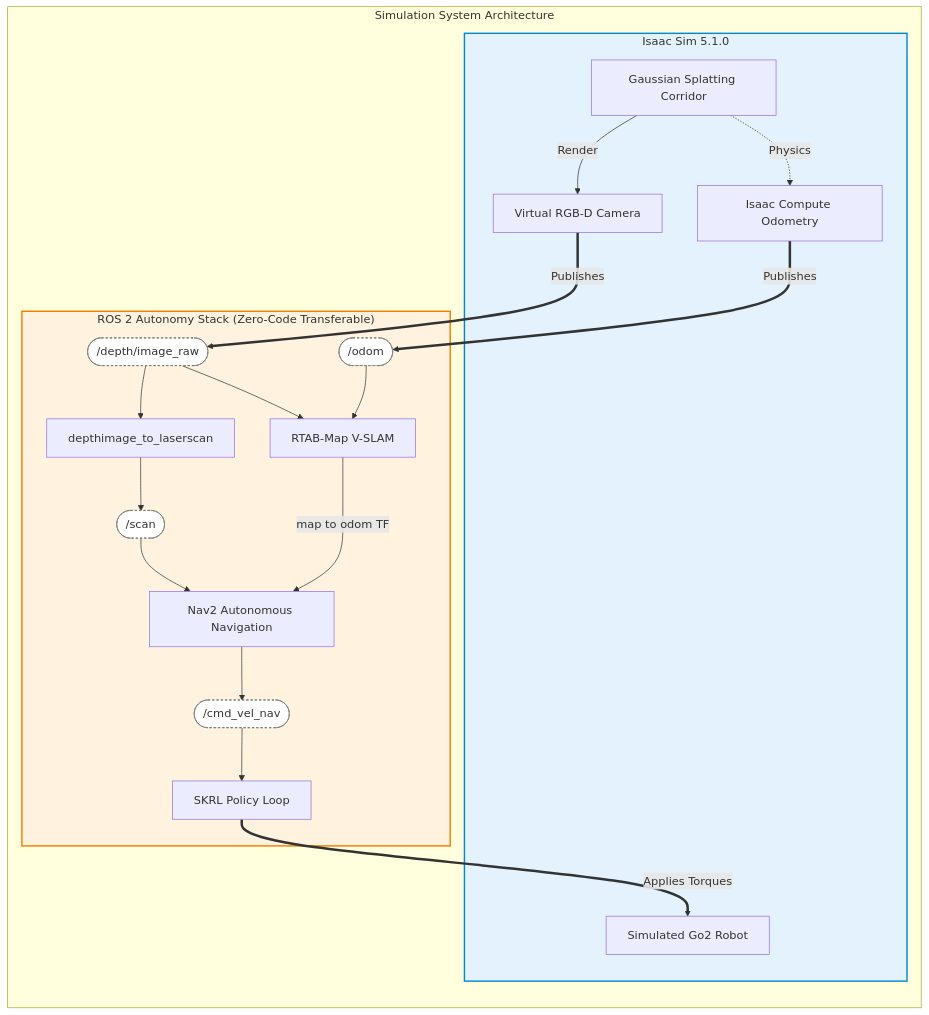
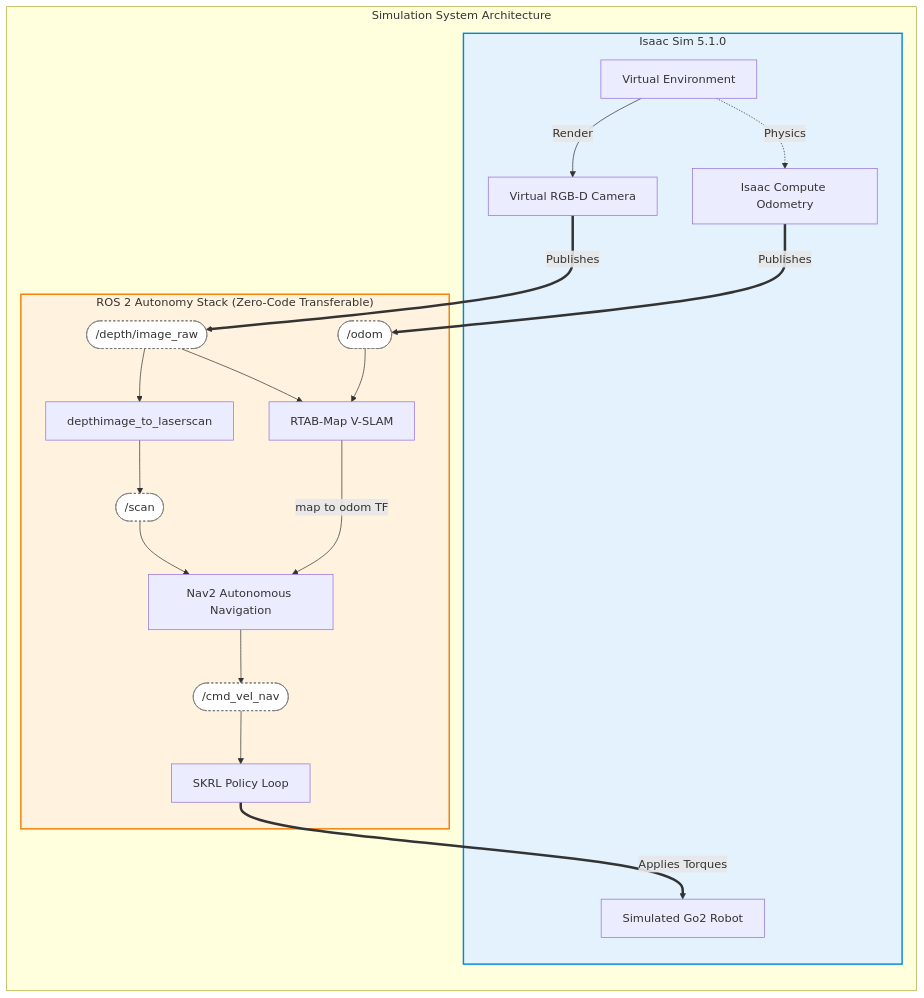
Before and after one commit to CGV-HGU/isaac-go2-ros2: the second of 2 diagrams in README.md, drawn with Mermaid. The commit also changed other lines of this file, not shown here.

````diff
--- a/README.md
+++ b/README.md
@@ -54,49 +55,49 @@
 ```mermaid
 flowchart TD
     %% Styling
     classDef simEnv fill:#e3f2fd,stroke:#0288d1,stroke-width:2px;
     classDef rosStack fill:#fff3e0,stroke:#f57c00,stroke-width:2px;
     classDef topic fill:#ffffff,stroke:#757575,stroke-width:1px,stroke-dasharray: 3 3;
 
     subgraph Simulation_Architecture [Simulation System Architecture]
         direction TB
         
         %% Environment & Hardware Mock
         subgraph Sim_Hardware [Isaac Sim 5.1.0]
-            Env[Gaussian Splatting Corridor]
+            Env[Virtual Environment]
             Cam[Virtual RGB-D Camera]
             Odom[Isaac Compute Odometry]
             Robot[Simulated Go2 Robot]
             
             Env -->|Render| Cam
             Env -.->|Physics| Odom
         end
         class Sim_Hardware simEnv
 
         %% ROS 2 Autonomy Stack
         subgraph ROS2_Stack ["ROS 2 Autonomy Stack (Zero-Code Transferable)"]
             Depth2Scan[depthimage_to_laserscan]
             RTABMap[RTAB-Map V-SLAM]
             Nav2[Nav2 Autonomous Navigation]
             RL_Policy[SKRL Policy Loop]
             
             Depth_Topic([/depth/image_raw]):::topic
             Scan_Topic([/scan]):::topic
             Odom_Topic([/odom]):::topic
             CmdVel_Topic([/cmd_vel_nav]):::topic
             
             Depth_Topic --> Depth2Scan --> Scan_Topic
             Depth_Topic & Odom_Topic --> RTABMap
             RTABMap -->|map to odom TF| Nav2
             Scan_Topic --> Nav2
             Nav2 --> CmdVel_Topic
             CmdVel_Topic --> RL_Policy
         end
         class ROS2_Stack rosStack
         
         %% Connections
         Cam ==>|Publishes| Depth_Topic
         Odom ==>|Publishes| Odom_Topic
         RL_Policy ==>|Applies Torques| Robot
     end
 ```
````
